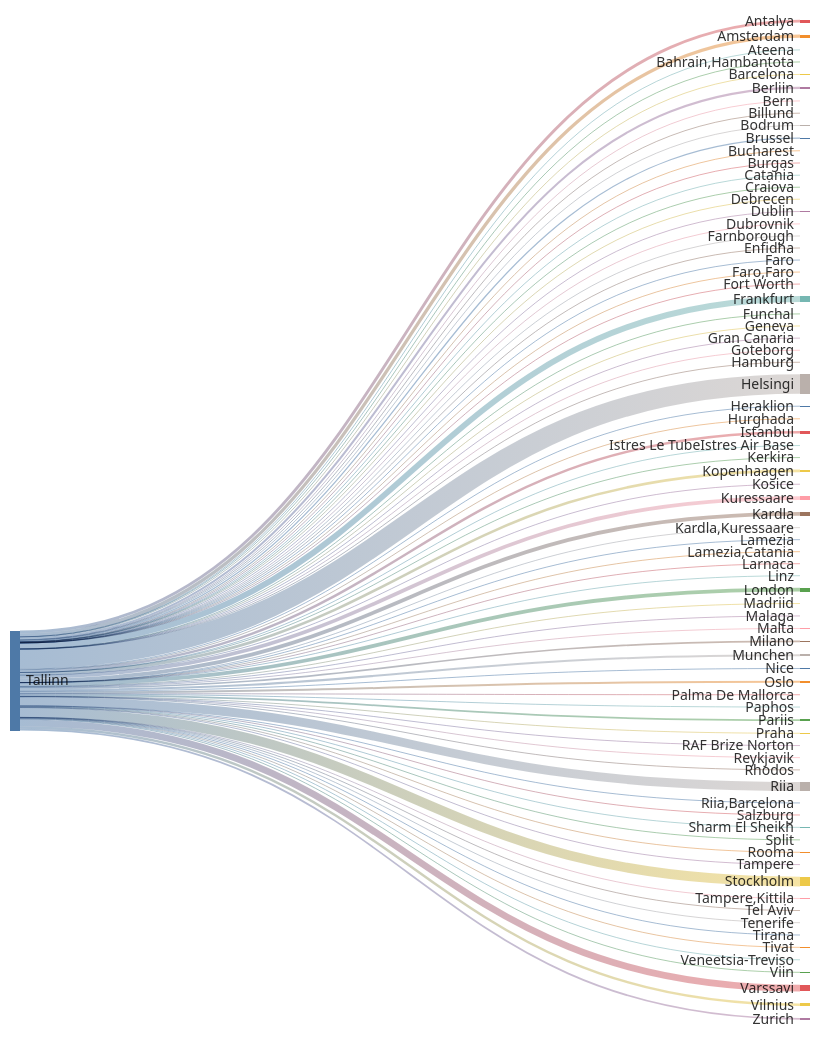
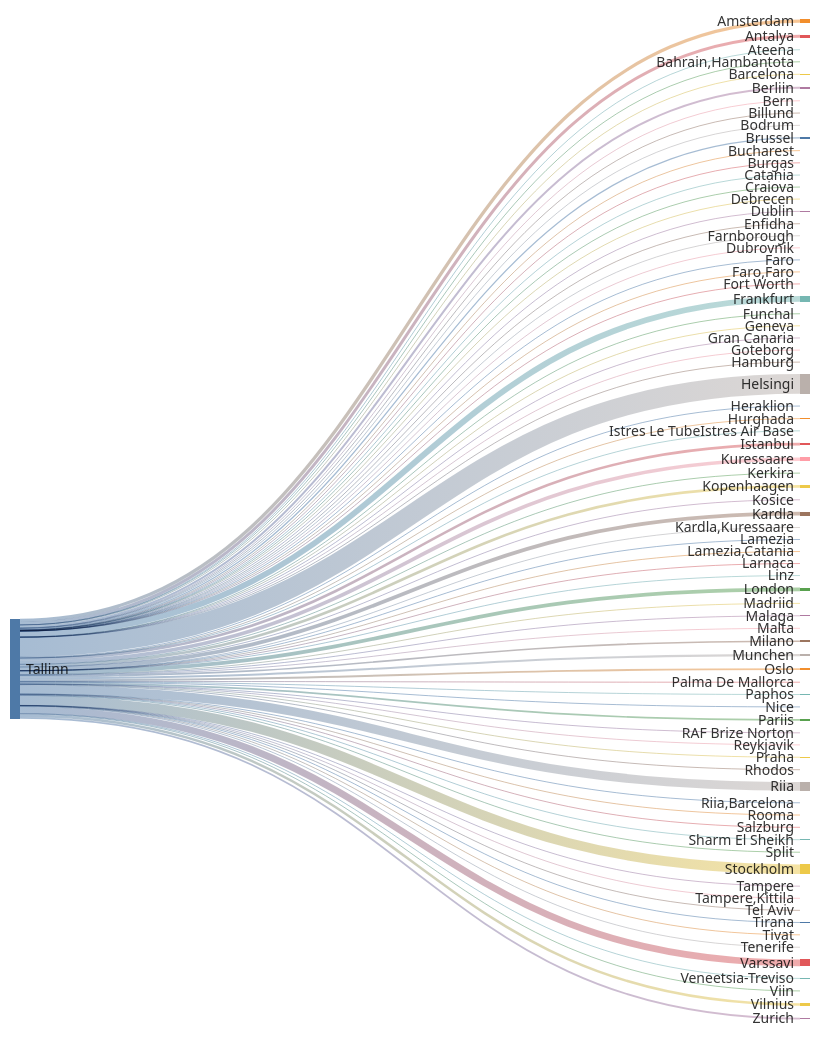
The second of 2 diagrams in README.md (rainermesi/tll-airport-departures), drawn with Mermaid before and after one commit. The commit also changed other lines of this file and 1 other file, not shown here.

````diff
--- a/README.md
+++ b/README.md
@@ -41,14 +41,14 @@
 ---
 sankey-beta
 %% source,target,value
-Tallinn,Amsterdam,535
-Tallinn,Antalya,478
+Tallinn,Amsterdam,537
+Tallinn,Antalya,482
 Tallinn,Ateena,16
 Tallinn,"Bahrain,Hambantota",1
-Tallinn,Barcelona,149
+Tallinn,Barcelona,151
 Tallinn,Berliin,336
 Tallinn,Bern,1
-Tallinn,Billund,84
+Tallinn,Billund,85
 Tallinn,Bodrum,12
 Tallinn,Brussel,206
 Tallinn,Bucharest,1
@@ -63,60 +63,60 @@
 Tallinn,Faro,4
 Tallinn,"Faro,Faro",1
 Tallinn,Fort Worth,1
-Tallinn,Frankfurt,952
+Tallinn,Frankfurt,955
 Tallinn,Funchal,5
 Tallinn,Geneva,13
 Tallinn,Gran Canaria,38
 Tallinn,Goteborg,2
 Tallinn,Hamburg,2
-Tallinn,Helsingi,3200
-Tallinn,Heraklion,115
+Tallinn,Helsingi,3207
+Tallinn,Heraklion,116
 Tallinn,Hurghada,75
-Tallinn,Istanbul,415
+Tallinn,Istanbul,416
 Tallinn,Istres Le TubeIstres Air Base,2
 Tallinn,Kerkira,4
-Tallinn,Kopenhaagen,433
+Tallinn,Kopenhaagen,435
 Tallinn,Kosice,1
-Tallinn,Kuressaare,606
-Tallinn,Kardla,608
+Tallinn,Kuressaare,607
+Tallinn,Kardla,609
 Tallinn,"Kardla,Kuressaare",1
 Tallinn,Lamezia,2
 Tallinn,"Lamezia,Catania",3
 Tallinn,Larnaca,5
 Tallinn,Linz,2
-Tallinn,London,619
+Tallinn,London,620
 Tallinn,Madriid,4
-Tallinn,Malaga,130
-Tallinn,Malta,32
+Tallinn,Malaga,131
+Tallinn,Malta,33
 Tallinn,Milano,279
 Tallinn,Munchen,335
 Tallinn,Nice,59
 Tallinn,Oslo,322
-Tallinn,Palma De Mallorca,36
+Tallinn,Palma De Mallorca,37
 Tallinn,Paphos,66
 Tallinn,Pariis,284
 Tallinn,Praha,94
 Tallinn,RAF Brize Norton,1
 Tallinn,Reykjavik,20
 Tallinn,Rhodos,67
-Tallinn,Riia,1444
+Tallinn,Riia,1450
 Tallinn,"Riia,Barcelona",1
 Tallinn,Rooma,80
 Tallinn,Salzburg,14
-Tallinn,Sharm El Sheikh,107
+Tallinn,Sharm El Sheikh,108
 Tallinn,Split,60
-Tallinn,Stockholm,1591
+Tallinn,Stockholm,1594
 Tallinn,Tampere,17
 Tallinn,"Tampere,Kittila",21
 Tallinn,Tel Aviv,2
 Tallinn,Tenerife,58
 Tallinn,Tirana,40
 Tallinn,Tivat,76
-Tallinn,Varssavi,1106
+Tallinn,Varssavi,1109
 Tallinn,Veneetsia-Treviso,67
 Tallinn,Viin,106
 Tallinn,Vilnius,403
-Tallinn,Zurich,286
+Tallinn,Zurich,287
 
 
 ```
````
